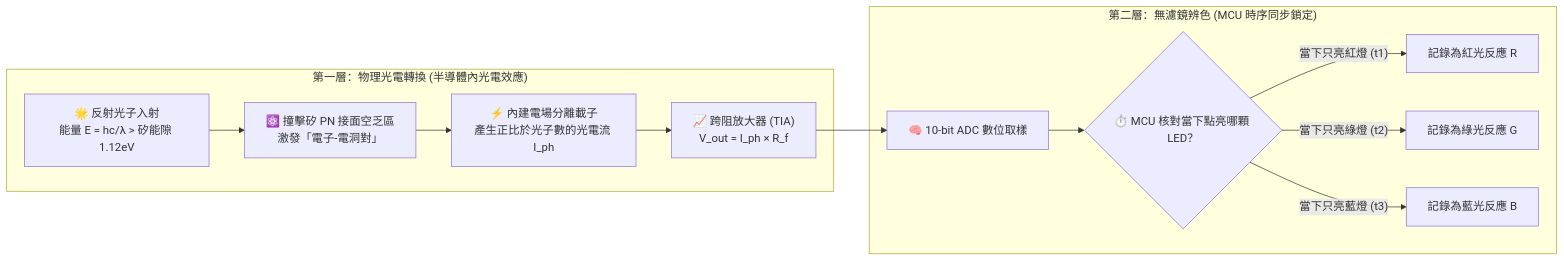
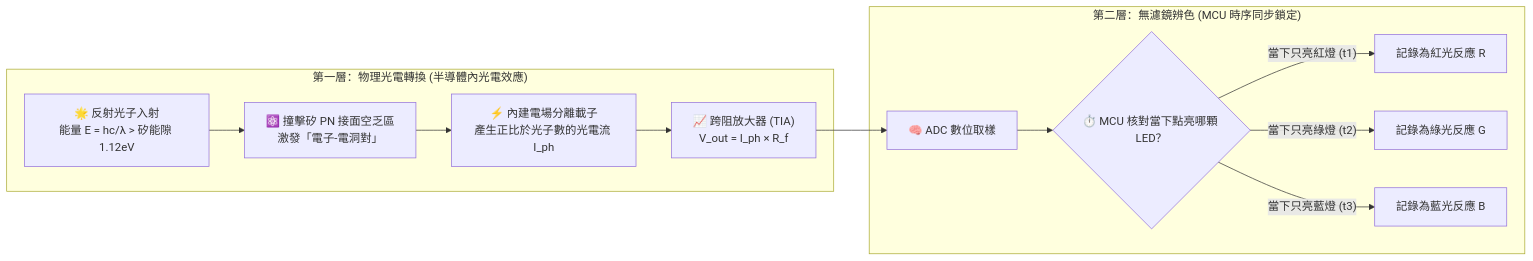
The second of 8 diagrams in ev3/ev3_color_sensor_principles.md (joelhoty/onclassbyJoel), drawn with Mermaid before and after one commit. The commit also changed other lines of this file and 5 other files, not shown here.

````diff
--- a/ev3/ev3_color_sensor_principles.md
+++ b/ev3/ev3_color_sensor_principles.md
@@ -77,16 +77,16 @@
 ```mermaid
 flowchart LR
     subgraph Layer1["第一層：物理光電轉換 (半導體內光電效應)"]
         P1["🌟 反射光子入射<br>能量 E = hc/λ > 矽能隙 1.12eV"] --> P2["⚛️ 撞擊矽 PN 接面空乏區<br>激發「電子-電洞對」"]
         P2 --> P3["⚡ 內建電場分離載子<br>產生正比於光子數的光電流 I_ph"]
         P3 --> P4["📈 跨阻放大器 (TIA)<br>V_out = I_ph × R_f"]
     end
 
     subgraph Layer2["第二層：無濾鏡辨色 (MCU 時序同步鎖定)"]
-        P4 --> M1["🧠 10-bit ADC 數位取樣"]
+        P4 --> M1["🧠 ADC 數位取樣"]
         M1 --> M2{"⏱️ MCU 核對當下點亮哪顆 LED？"}
         M2 -- "當下只亮紅燈 (t1)" --> R_Val["記錄為紅光反應 R"]
         M2 -- "當下只亮綠燈 (t2)" --> G_Val["記錄為綠光反應 G"]
         M2 -- "當下只亮藍燈 (t3)" --> B_Val["記錄為藍光反應 B"]
     end
 ```
````
